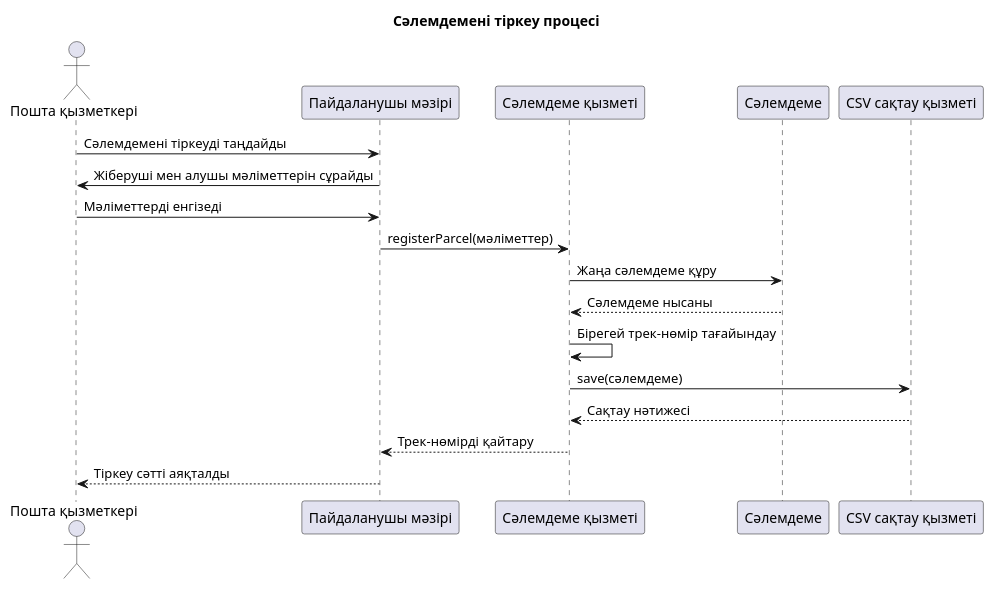
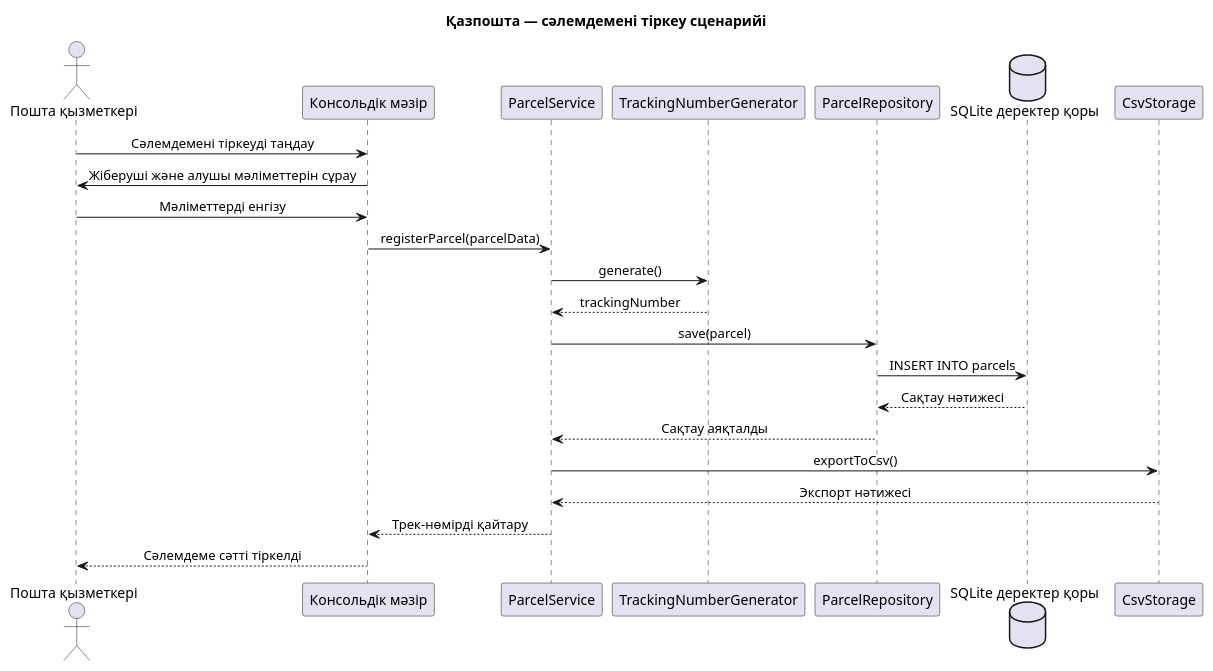
The diagram in docs/uml/sequence-diagram.puml (ajymaskar082/Kazpost-Parcel-Tracking), drawn with PlantUML before and after one commit.

```diff
--- a/docs/uml/sequence-diagram.puml
+++ b/docs/uml/sequence-diagram.puml
@@ -2,22 +2,37 @@
 @startuml
-title Сәлемдемені тіркеу процесі
+title Қазпошта — сәлемдемені тіркеу сценарийі
+
+skinparam backgroundColor white
+skinparam shadowing false
+skinparam defaultFontName Arial
+skinparam sequenceMessageAlign center
 
 actor "Пошта қызметкері" as Operator
-participant "Пайдаланушы мәзірі" as Menu
-participant "Сәлемдеме қызметі" as Service
-participant "Сәлемдеме" as Parcel
-participant "CSV сақтау қызметі" as Storage
+participant "Консольдік мәзір" as Menu
+participant "ParcelService" as Service
+participant "TrackingNumberGenerator" as Generator
+participant "ParcelRepository" as Repository
+database "SQLite деректер қоры" as DB
+participant "CsvStorage" as CSV
 
-Operator -> Menu : Сәлемдемені тіркеуді таңдайды
-Menu -> Operator : Жіберуші мен алушы мәліметтерін сұрайды
-Operator -> Menu : Мәліметтерді енгізеді
-Menu -> Service : registerParcel(мәліметтер)
-Service -> Parcel : Жаңа сәлемдеме құру
-Parcel --> Service : Сәлемдеме нысаны
-Service -> Service : Бірегей трек-нөмір тағайындау
-Service -> Storage : save(сәлемдеме)
-Storage --> Service : Сақтау нәтижесі
+Operator -> Menu : Сәлемдемені тіркеуді таңдау
+Menu -> Operator : Жіберуші және алушы мәліметтерін сұрау
+Operator -> Menu : Мәліметтерді енгізу
+
+Menu -> Service : registerParcel(parcelData)
+
+Service -> Generator : generate()
+Generator --> Service : trackingNumber
+
+Service -> Repository : save(parcel)
+Repository -> DB : INSERT INTO parcels
+DB --> Repository : Сақтау нәтижесі
+Repository --> Service : Сақтау аяқталды
+
+Service -> CSV : exportToCsv()
+CSV --> Service : Экспорт нәтижесі
+
 Service --> Menu : Трек-нөмірді қайтару
-Menu --> Operator : Тіркеу сәтті аяқталды
+Menu --> Operator : Сәлемдеме сәтті тіркелді
 
 @enduml
```
